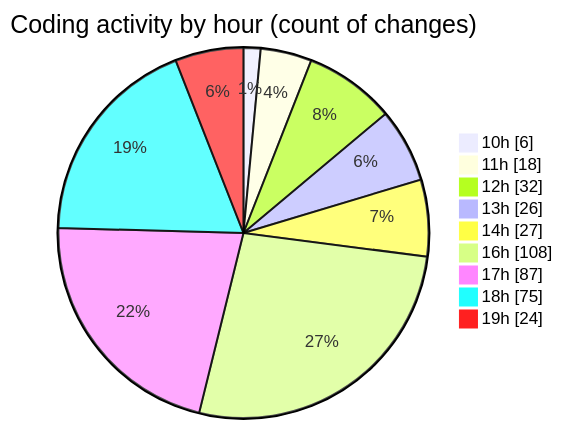
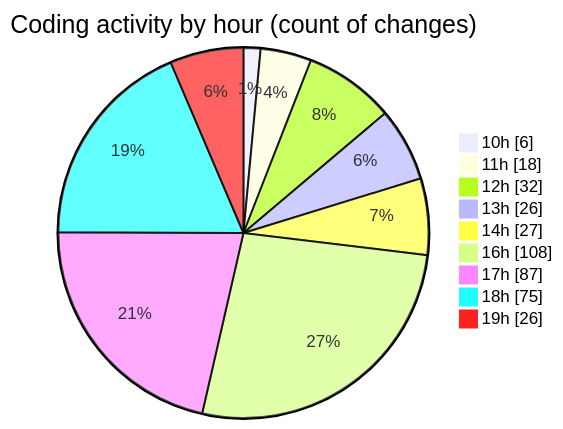
The second of 2 diagrams in 2026-09-03/cda/README.md (momahboobian/code-tracking), drawn with Mermaid before and after one commit. The commit also changed other lines of this file and 1 other file, not shown here.

````diff
--- a/2026-09-03/cda/README.md
+++ b/2026-09-03/cda/README.md
@@ -136,13 +137,13 @@
 ```mermaid
 pie showData
 title Coding activity by hour (count of changes)
 "10h" : 6
 "11h" : 18
 "12h" : 32
 "13h" : 26
 "14h" : 27
 "16h" : 108
 "17h" : 87
 "18h" : 75
-"19h" : 24
+"19h" : 26
 ```
````
